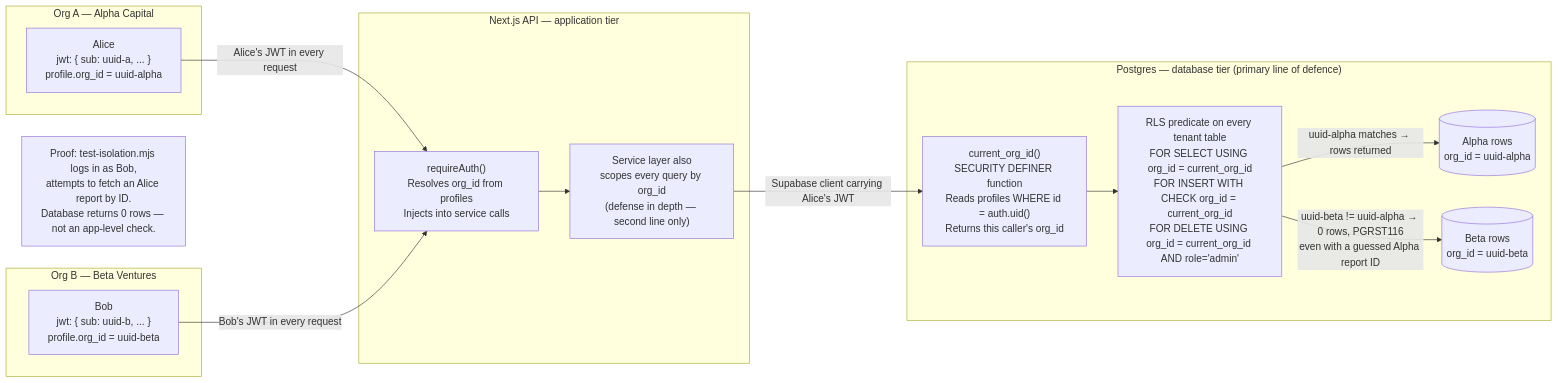
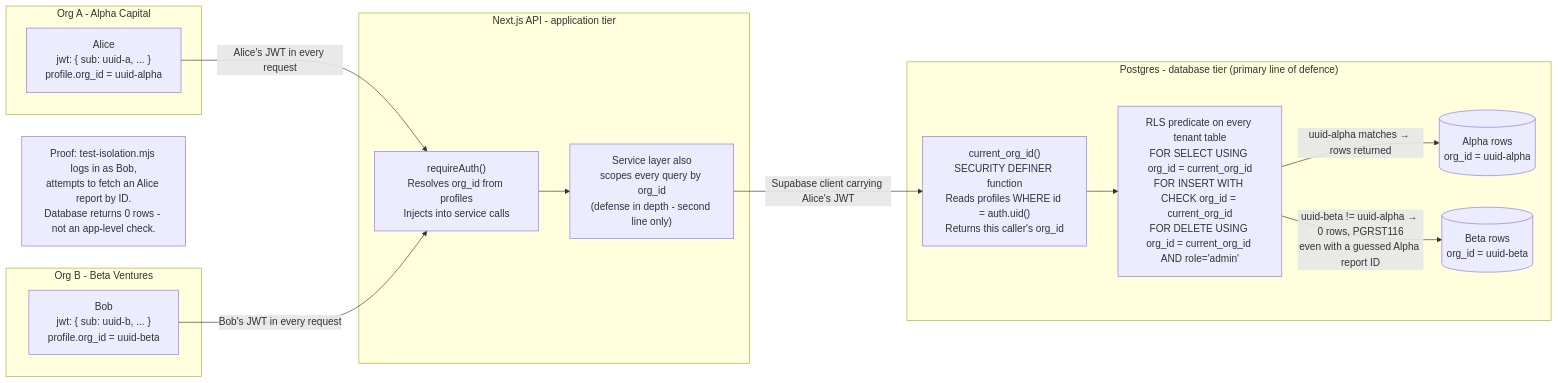
One commit to shubh0614/Investment-Research-Dashboard changed the fifth of 5 diagrams in ARCHITECTURE.md. Above: the diagram before and after it, drawn with Mermaid. The commit also changed other lines of this file and 28 other files, not shown here.

````diff
--- a/ARCHITECTURE.md
+++ b/ARCHITECTURE.md
@@ -284,31 +284,31 @@
 ```mermaid
 flowchart LR
-    subgraph OA ["Org A — Alpha Capital"]
+    subgraph OA ["Org A - Alpha Capital"]
         ALICE["Alice\njwt: { sub: uuid-a, ... }\nprofile.org_id = uuid-alpha"]
     end
-    subgraph OB ["Org B — Beta Ventures"]
+    subgraph OB ["Org B - Beta Ventures"]
         BOB["Bob\njwt: { sub: uuid-b, ... }\nprofile.org_id = uuid-beta"]
     end
 
-    subgraph APP ["Next.js API — application tier"]
+    subgraph APP ["Next.js API - application tier"]
         AUTH["requireAuth()\nResolves org_id from profiles\nInjects into service calls"]
-        SCOPE["Service layer also\nscopes every query by org_id\n(defense in depth — second line only)"]
+        SCOPE["Service layer also\nscopes every query by org_id\n(defense in depth - second line only)"]
     end
 
-    subgraph DB ["Postgres — database tier  (primary line of defence)"]
+    subgraph DB ["Postgres - database tier  (primary line of defence)"]
         HELPER["current_org_id()\nSECURITY DEFINER function\nReads profiles WHERE id = auth.uid()\nReturns this caller's org_id"]
         RLS["RLS predicate on every tenant table\nFOR SELECT USING org_id = current_org_id\nFOR INSERT WITH CHECK org_id = current_org_id\nFOR DELETE USING org_id = current_org_id AND role='admin'"]
         ROWS_A[("Alpha rows\norg_id = uuid-alpha")]
         ROWS_B[("Beta rows\norg_id = uuid-beta")]
     end
 
     ALICE -->|"Alice's JWT in every request"| AUTH
     BOB   -->|"Bob's JWT in every request"| AUTH
     AUTH  --> SCOPE
     SCOPE -->|"Supabase client carrying Alice's JWT"| HELPER
     HELPER --> RLS
     RLS -->|"uuid-alpha matches → rows returned"| ROWS_A
     RLS -->|"uuid-beta != uuid-alpha → 0 rows, PGRST116\neven with a guessed Alpha report ID"| ROWS_B
 
-    note1["Proof: test-isolation.mjs logs in as Bob,\nattempts to fetch an Alice report by ID.\nDatabase returns 0 rows — not an app-level check."]
+    note1["Proof: test-isolation.mjs logs in as Bob,\nattempts to fetch an Alice report by ID.\nDatabase returns 0 rows - not an app-level check."]
 ```
````
